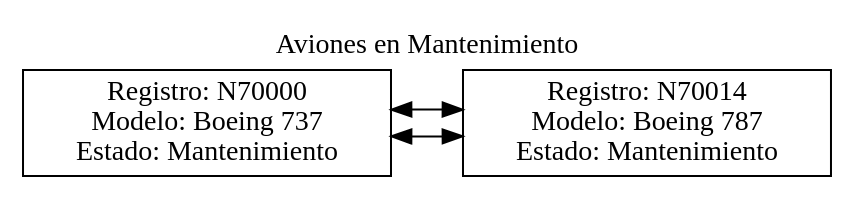
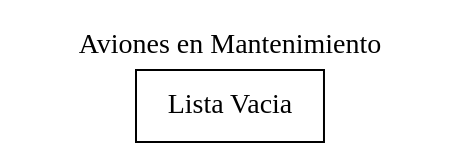
One commit to Alexis31T/EDD_Proyecto_202401884 changed the diagram in EDD_Practica_202401884/reportes/aviones_mantenimiento.dot. Above: the diagram before and after it, drawn with Graphviz. The commit also changed 18 other files, not shown here.

```diff
--- a/EDD_Practica_202401884/reportes/aviones_mantenimiento.dot
+++ b/EDD_Practica_202401884/reportes/aviones_mantenimiento.dot
@@ -1,10 +1,7 @@
 digraph G {
     rankdir=LR;
     node [shape=record];
     label="Aviones en Mantenimiento";
     labelloc=t;
-    nodo0 [label="{Registro: N70000\nModelo: Boeing 737\nEstado: Mantenimiento}"];
-    nodo1 [label="{Registro: N70014\nModelo: Boeing 787\nEstado: Mantenimiento}"];
-    nodo0 -> nodo1 [dir=both];
-    nodo1 -> nodo0 [dir=both];
+    vacio [label="Lista Vacia"];
 }
```
